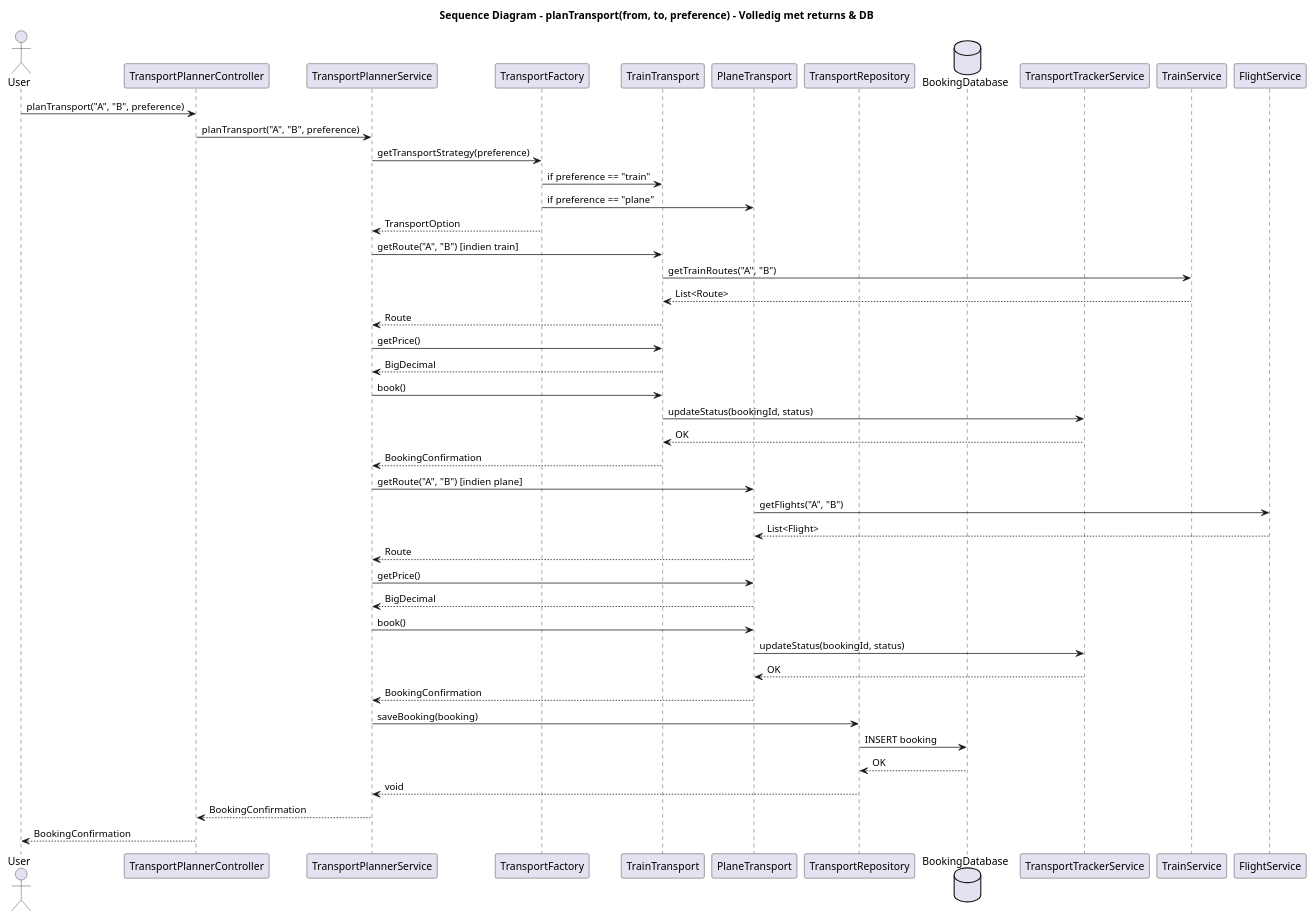
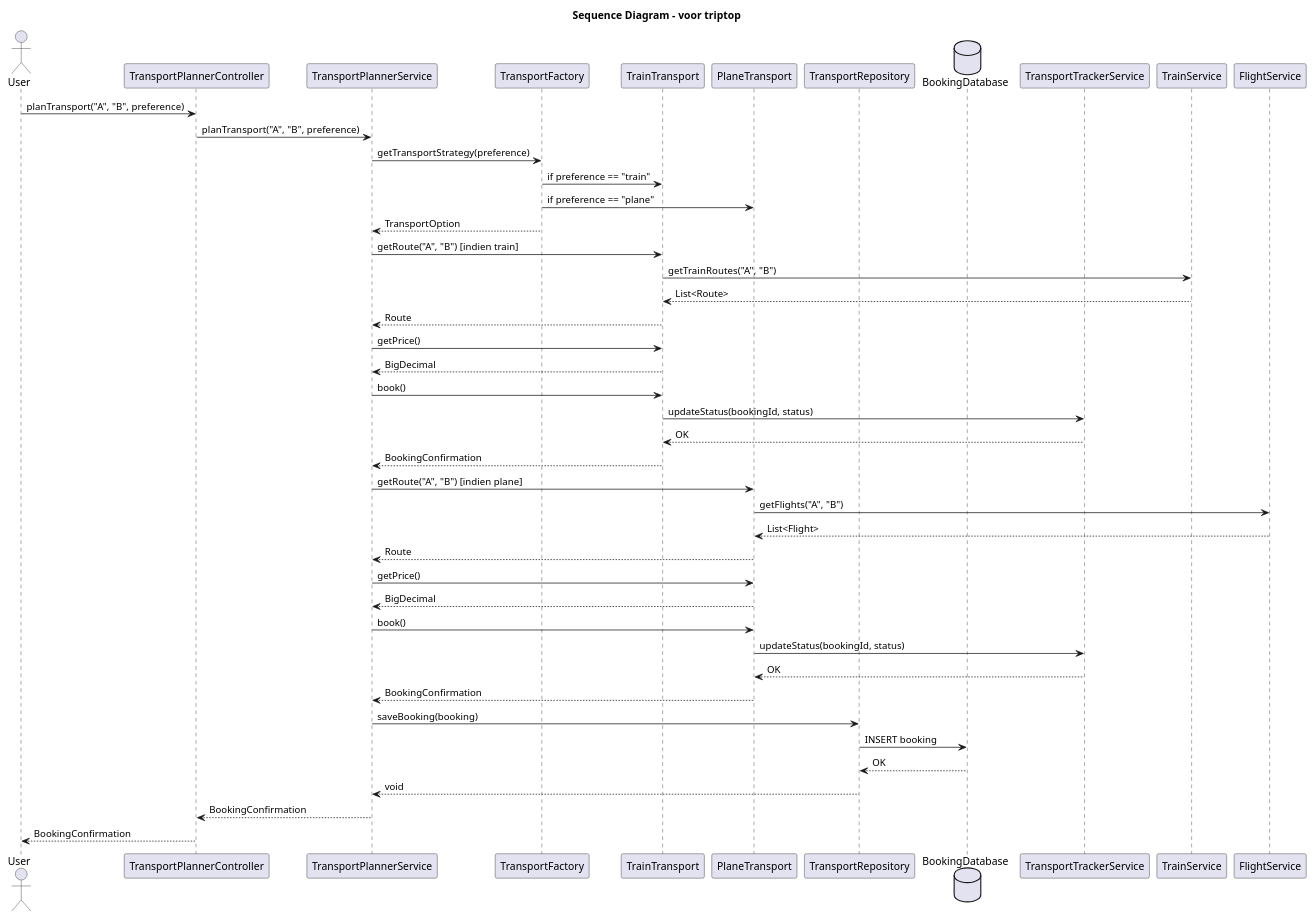
The diagram in Rick/sequentiediagramRick.puml (AIM-ENE-feb25/triptop-sqr-tech), drawn with PlantUML before and after one commit.

Commit message:
naam verbnadeirng

```diff
--- a/Rick/sequentiediagramRick.puml
+++ b/Rick/sequentiediagramRick.puml
@@ -1,61 +1,61 @@
 @startuml
-title Sequence Diagram – planTransport(from, to, preference) – Volledig met returns & DB
+title Sequence Diagram – voor triptop
 
 actor User
 participant TransportPlannerController
 participant TransportPlannerService
 participant TransportFactory
 participant TrainTransport
 participant PlaneTransport
 participant TransportRepository
 database BookingDatabase
 participant TransportTrackerService
 participant TrainService
 participant FlightService
 
 User -> TransportPlannerController : planTransport("A", "B", preference)
 TransportPlannerController -> TransportPlannerService : planTransport("A", "B", preference)
 
 TransportPlannerService -> TransportFactory : getTransportStrategy(preference)
 TransportFactory -> TrainTransport : if preference == "train"
 TransportFactory -> PlaneTransport : if preference == "plane"
 TransportFactory --> TransportPlannerService : TransportOption
 
 ' === Train Flow ===
 TransportPlannerService -> TrainTransport : getRoute("A", "B") [indien train]
 TrainTransport -> TrainService : getTrainRoutes("A", "B")
 TrainService --> TrainTransport : List<Route>
 TrainTransport --> TransportPlannerService : Route
 
 TransportPlannerService -> TrainTransport : getPrice()
 TrainTransport --> TransportPlannerService : BigDecimal
 
 TransportPlannerService -> TrainTransport : book()
 TrainTransport -> TransportTrackerService : updateStatus(bookingId, status)
 TransportTrackerService --> TrainTransport : OK
 TrainTransport --> TransportPlannerService : BookingConfirmation
 
 ' === Plane Flow ===
 TransportPlannerService -> PlaneTransport : getRoute("A", "B") [indien plane]
 PlaneTransport -> FlightService : getFlights("A", "B")
 FlightService --> PlaneTransport : List<Flight>
 PlaneTransport --> TransportPlannerService : Route
 
 TransportPlannerService -> PlaneTransport : getPrice()
 PlaneTransport --> TransportPlannerService : BigDecimal
 
 TransportPlannerService -> PlaneTransport : book()
 PlaneTransport -> TransportTrackerService : updateStatus(bookingId, status)
 TransportTrackerService --> PlaneTransport : OK
 PlaneTransport --> TransportPlannerService : BookingConfirmation
 
 ' === Opslaan booking ===
 TransportPlannerService -> TransportRepository : saveBooking(booking)
 TransportRepository -> BookingDatabase : INSERT booking
 BookingDatabase --> TransportRepository : OK
 TransportRepository --> TransportPlannerService : void
 
 TransportPlannerService --> TransportPlannerController : BookingConfirmation
 TransportPlannerController --> User : BookingConfirmation
 
 @enduml
```
